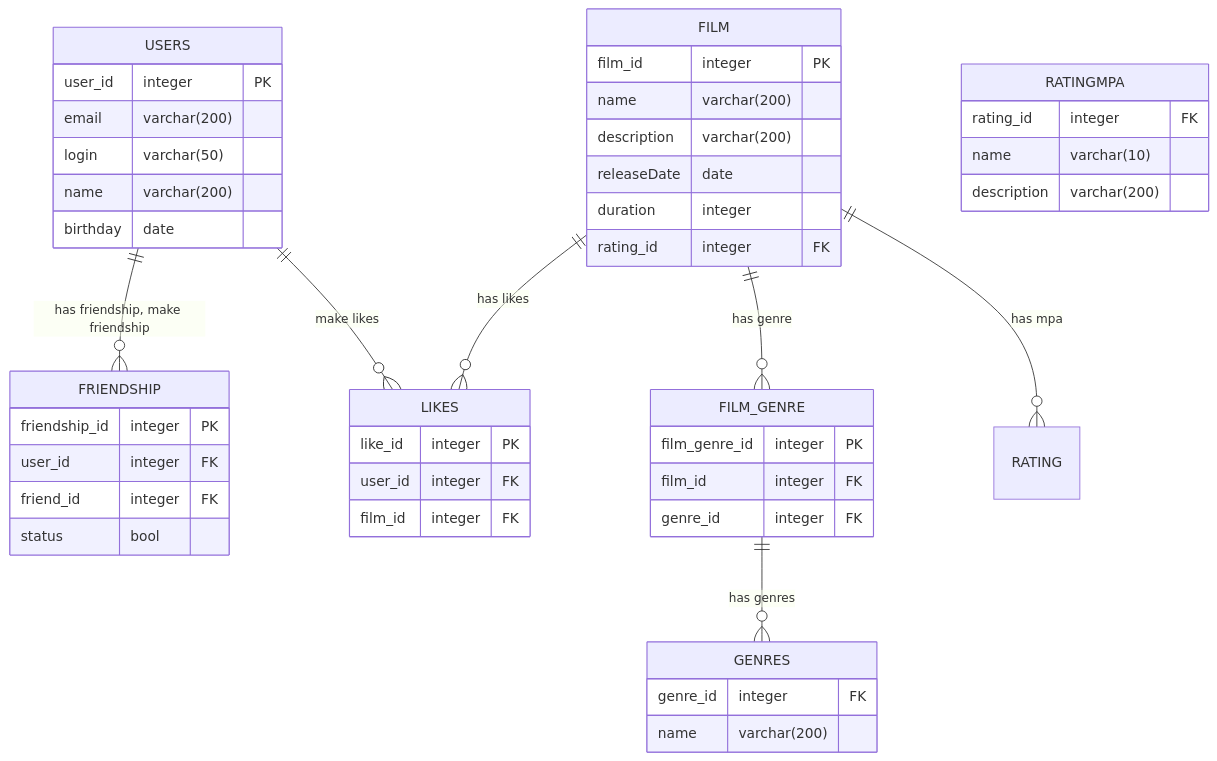
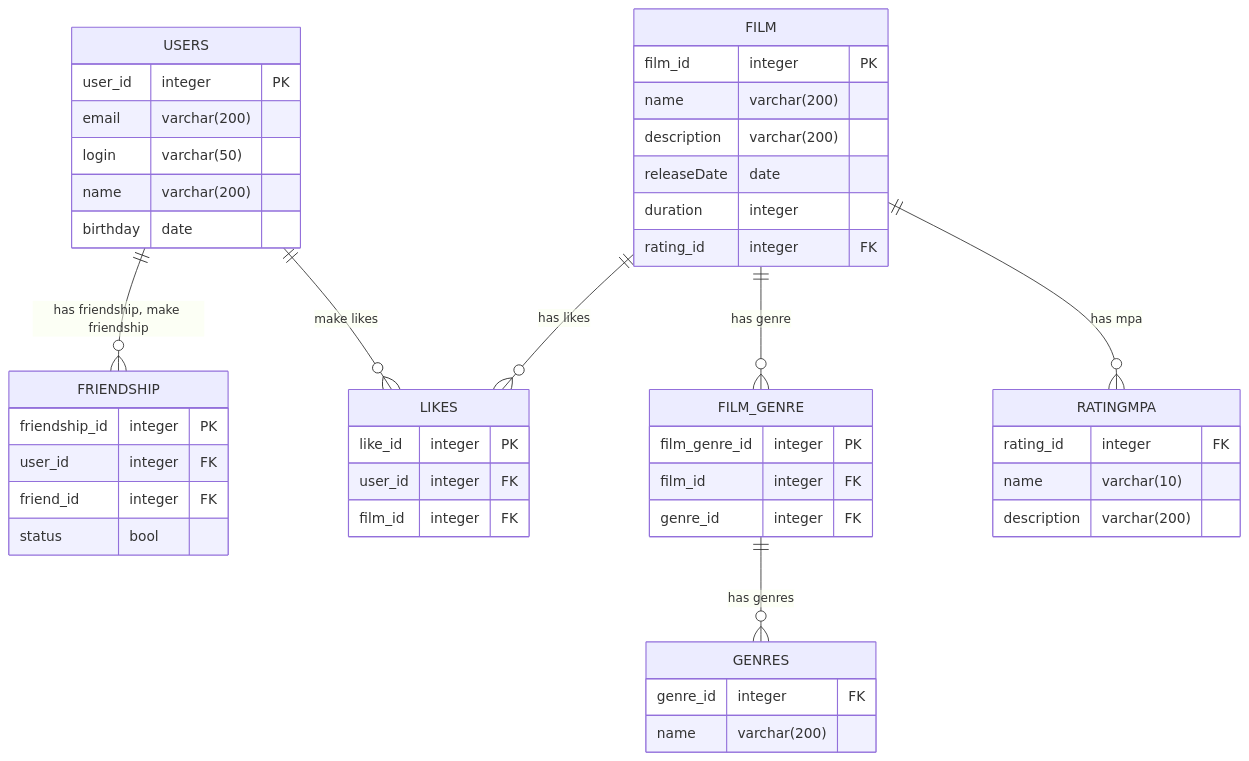
The diagram in README.md (VolchenkoP/java-filmorate), drawn with Mermaid before and after one commit. The commit also changed other lines of this file, not shown here.

Commit message:
Поправить схему

````diff
--- a/README.md
+++ b/README.md
@@ -8,49 +8,49 @@
 ```mermaid
 erDiagram
     USERS || --o{ FRIENDSHIP : "has friendship, make friendship"
     USERS || --o{ LIKES : "make likes"
     USERS {
     user_id integer PK
     email varchar(200)
     login varchar(50)
     name varchar(200)
     birthday date
     }
     FRIENDSHIP {
     friendship_id integer PK    
     user_id integer FK
     friend_id integer FK
     status bool
     }
     FILM || --o{ FILM_GENRE : "has genre"
     FILM || --o{ LIKES : "has likes"
-    FILM || --o{ RATING : "has mpa"
+    FILM || --o{ RATINGMPA : "has mpa"
     FILM {
     film_id integer PK
     name varchar(200)
     description varchar(200)
     releaseDate date
     duration integer
     rating_id integer FK
     }
     FILM_GENRE || --o{ GENRES : "has genres"
     FILM_GENRE {
     film_genre_id integer PK
     film_id integer FK
     genre_id integer FK
     }
     GENRES {
     genre_id integer FK
     name varchar(200)
     }
     RATINGMPA {
     rating_id integer FK
     name varchar(10)
     description varchar(200)
     }
     LIKES {
     like_id integer PK
     user_id integer FK
     film_id integer FK
     }
 ```
````
